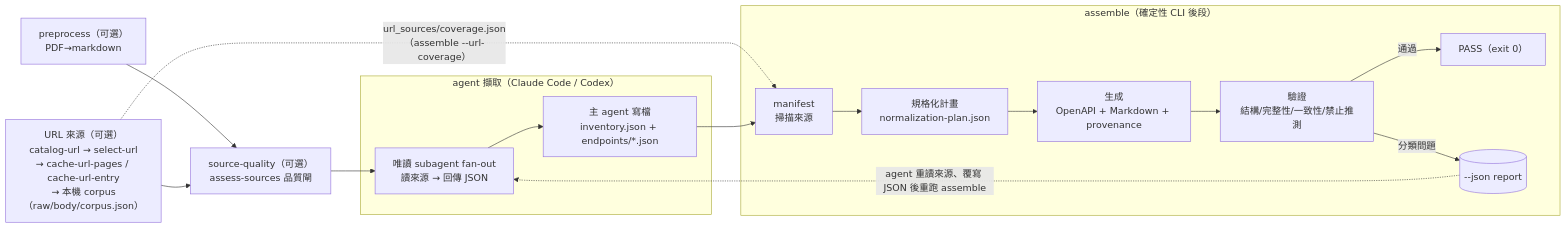
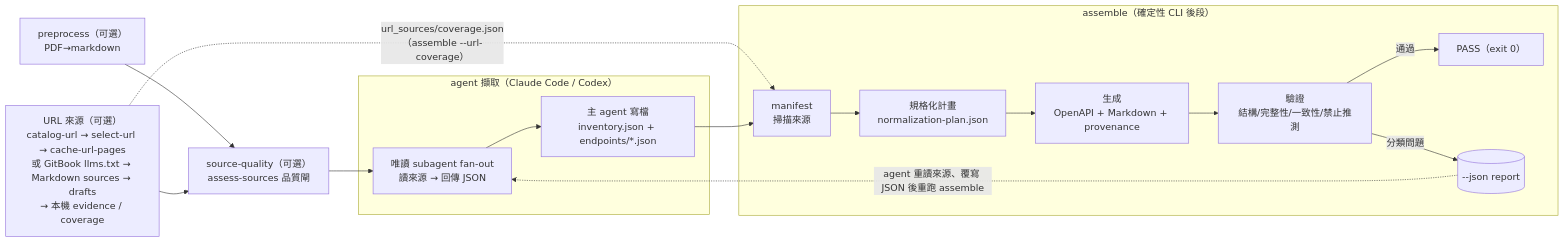
Before and after one commit to CarlLee1983/loop-apidoc: the first of 2 diagrams in docs/ARCHITECTURE.md, drawn with Mermaid. The commit also changed other lines of this file and 30 other files, not shown here.

Commit message:
feat: cache GitBook LLMS Markdown sources

````diff
--- a/docs/ARCHITECTURE.md
+++ b/docs/ARCHITECTURE.md
@@ -69,22 +69,22 @@
 ```mermaid
 flowchart LR
     PRE["preprocess（可選）<br/>PDF→markdown"] --> SQ["source-quality（可選）<br/>assess-sources 品質閘"]
-    URL["URL 來源（可選）<br/>catalog-url → select-url<br/>→ cache-url-pages / cache-url-entry<br/>→ 本機 corpus（raw/body/corpus.json）"] --> SQ
+    URL["URL 來源（可選）<br/>catalog-url → select-url → cache-url-pages<br/>或 GitBook llms.txt → Markdown sources → drafts<br/>→ 本機 evidence / coverage"] --> SQ
     SQ --> EX
     URL -. "url_sources/coverage.json<br/>（assemble --url-coverage）" .-> M
 
     subgraph AGENT["agent 擷取（Claude Code / Codex）"]
         EX["唯讀 subagent fan-out<br/>讀來源 → 回傳 JSON"] --> WR["主 agent 寫檔<br/>inventory.json + endpoints/*.json"]
     end
 
     subgraph CLI["assemble（確定性 CLI 後段）"]
         M["manifest<br/>掃描來源"] --> P["規格化計畫<br/>normalization-plan.json"]
         P --> G["生成<br/>OpenAPI + Markdown + provenance"]
         G --> V["驗證<br/>結構/完整性/一致性/禁止推測"]
         V -->|通過| OK["PASS（exit 0）"]
         V -->|分類問題| R[("--json report")]
     end
 
     WR --> M
     R -.agent 重讀來源、覆寫 JSON 後重跑 assemble.-> EX
 ```
````
